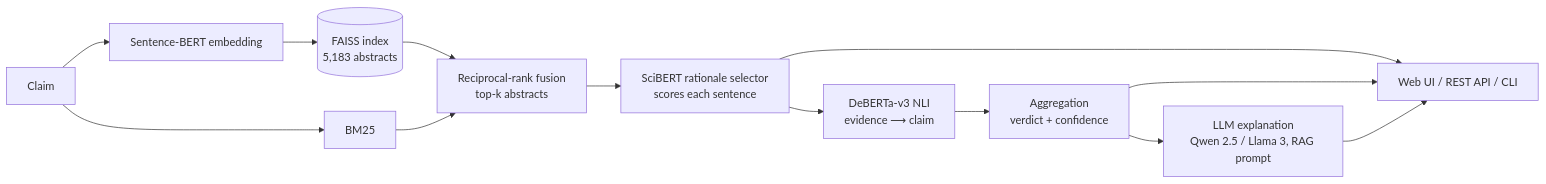
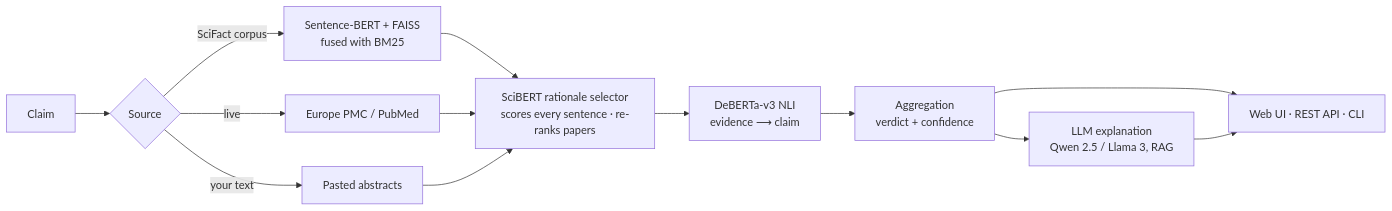
One commit to mardromus/ClaimVerifierAI changed the diagram in README.md. Above: the diagram before and after it, drawn with Mermaid. The commit also changed other lines of this file and 26 other files, not shown here.

First line of the commit message:
Adopt RoBERTa-large FEVER+SciFact verifier, add stance probes, final docs

````diff
--- a/README.md
+++ b/README.md
@@ -37,15 +43,15 @@
 ```mermaid
 flowchart LR
-    C[Claim] --> R1[Sentence-BERT embedding]
-    R1 --> F[(FAISS index<br/>5,183 abstracts)]
-    C --> B[BM25]
-    F --> RRF[Reciprocal-rank fusion<br/>top-k abstracts]
-    B --> RRF
-    RRF --> S[SciBERT rationale selector<br/>scores each sentence]
+    C[Claim] --> R{Source}
+    R -->|SciFact corpus| D[Sentence-BERT + FAISS<br/>fused with BM25]
+    R -->|live| L[Europe PMC / PubMed]
+    R -->|your text| U[Pasted abstracts]
+    D --> S[SciBERT rationale selector<br/>scores every sentence · re-ranks papers]
+    L --> S
+    U --> S
     S --> N[DeBERTa-v3 NLI<br/>evidence ⟶ claim]
     N --> A[Aggregation<br/>verdict + confidence]
-    A --> L[LLM explanation<br/>Qwen 2.5 / Llama 3, RAG prompt]
-    S --> UI
-    A --> UI[Web UI / REST API / CLI]
-    L --> UI
+    A --> E[LLM explanation<br/>Qwen 2.5 / Llama 3, RAG]
+    A --> UI[Web UI · REST API · CLI]
+    E --> UI
 ```
````
